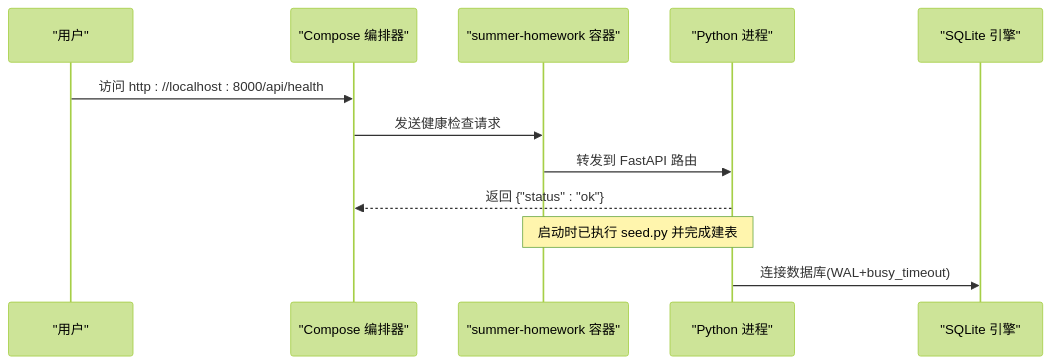
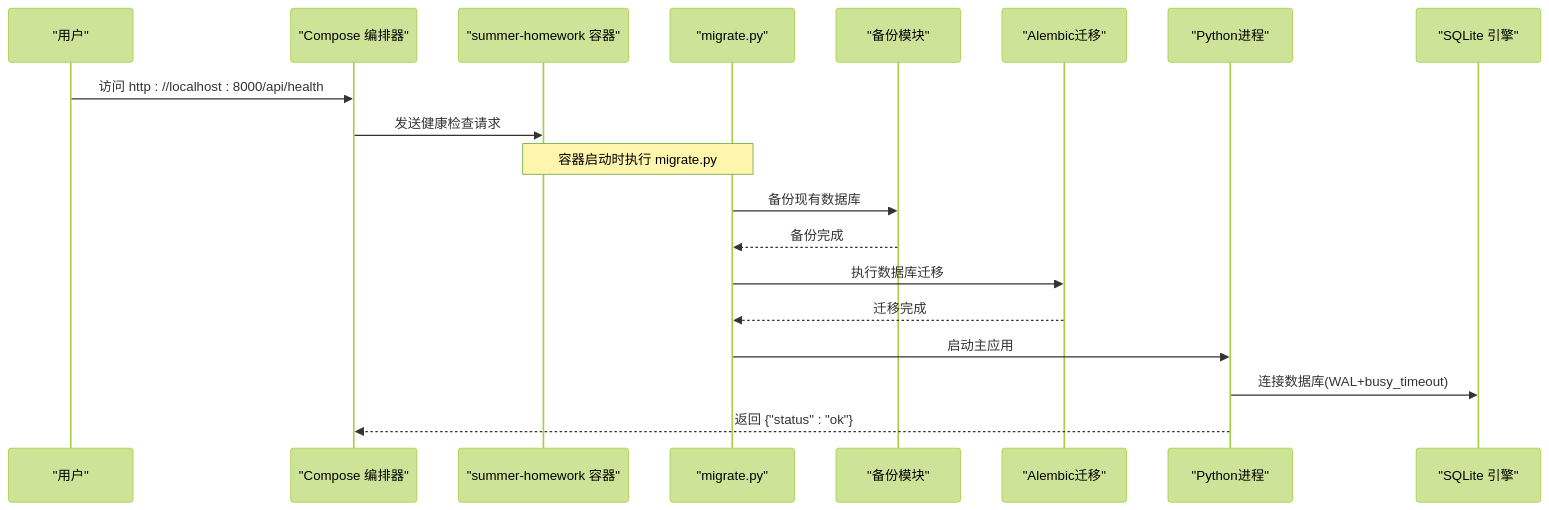
The third of 5 diagrams in .qoder/repowiki/zh/content/部署与运维指南/Docker容器化部署.md (onebody/homework), drawn with Mermaid (forest theme) before and after one commit. The commit also changed other lines of this file and 9 other files, not shown here.

````diff
--- a/.qoder/repowiki/zh/content/部署与运维指南/Docker容器化部署.md
+++ b/.qoder/repowiki/zh/content/部署与运维指南/Docker容器化部署.md
@@ -159,14 +196,21 @@
 ```mermaid
 sequenceDiagram
 participant U as "用户"
 participant C as "Compose 编排器"
 participant S as "summer-homework 容器"
-participant P as "Python 进程"
+participant M as "migrate.py"
+participant B as "备份模块"
+participant A as "Alembic迁移"
+participant P as "Python进程"
 participant D as "SQLite 引擎"
 U->>C : 访问 http : //localhost : 8000/api/health
 C->>S : 发送健康检查请求
-S->>P : 转发到 FastAPI 路由
+Note over S,M : 容器启动时执行 migrate.py
+M->>B : 备份现有数据库
+B-->>M : 备份完成
+M->>A : 执行数据库迁移
+A-->>M : 迁移完成
+M->>P : 启动主应用
+P->>D : 连接数据库(WAL+busy_timeout)
 P-->>C : 返回 {"status" : "ok"}
-Note over S,P : 启动时已执行 seed.py 并完成建表
-P->>D : 连接数据库(WAL+busy_timeout)
 ```
````
